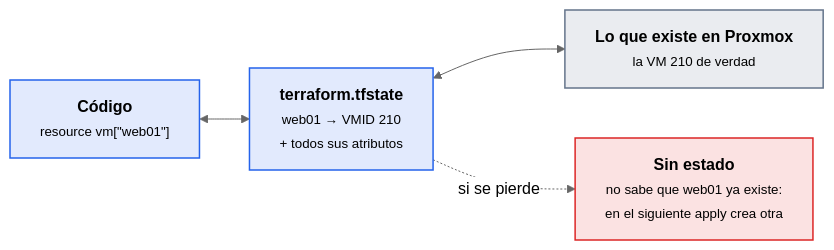
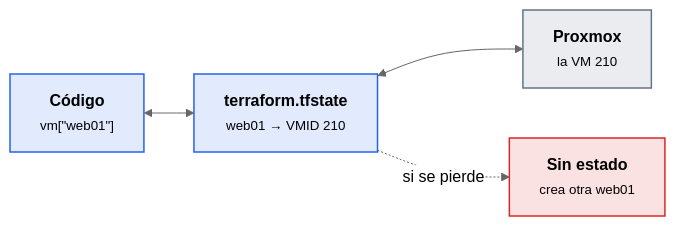
One commit to victor-educ/apuntes-5166 changed the fourth of 5 diagrams in docs/ut/ut5-iac.md. Above: the diagram before and after it, drawn with Mermaid (neutral theme). The commit also changed other lines of this file and 5 other files, not shown here.

````diff
--- a/docs/ut/ut5-iac.md
+++ b/docs/ut/ut5-iac.md
@@ -700,15 +702,15 @@
 ```mermaid
 flowchart LR
-    COD["<b>Código</b><br><small>resource vm[#quot;web01#quot;]</small>"]:::dato
-    EST["<b>terraform.tfstate</b><br><small>web01 → VMID 210<br>+ todos sus atributos</small>"]:::dato
-    REAL["<b>Lo que existe en Proxmox</b><br><small>la VM 210 de verdad</small>"]:::pieza
-    SIN["<b>Sin estado</b><br><small>no sabe que web01 ya existe:<br>en el siguiente apply crea otra</small>"]:::riesgo
+    COD["<b>Código</b><br><small>vm[#quot;web01#quot;]</small>"]:::dato
+    EST["<b>terraform.tfstate</b><br><small>web01 → VMID 210</small>"]:::dato
+    REAL["<b>Proxmox</b><br><small>la VM 210</small>"]:::pieza
+    SIN["<b>Sin estado</b><br><small>crea otra web01</small>"]:::riesgo
     COD <--> EST <--> REAL
     EST -. "si se pierde" .-> SIN
     classDef act fill:#ea580c22,stroke:#ea580c,stroke-width:1.5px
     classDef pieza fill:#64748b22,stroke:#64748b,stroke-width:1.5px
     classDef dato fill:#2563eb22,stroke:#2563eb,stroke-width:1.5px
     classDef infra fill:#a1a1aa14,stroke:#a1a1aa,stroke-width:1.5px
     classDef ok fill:#16a34a22,stroke:#16a34a,stroke-width:1.5px
     classDef riesgo fill:#dc262622,stroke:#dc2626,stroke-width:1.5px
 ```
````
